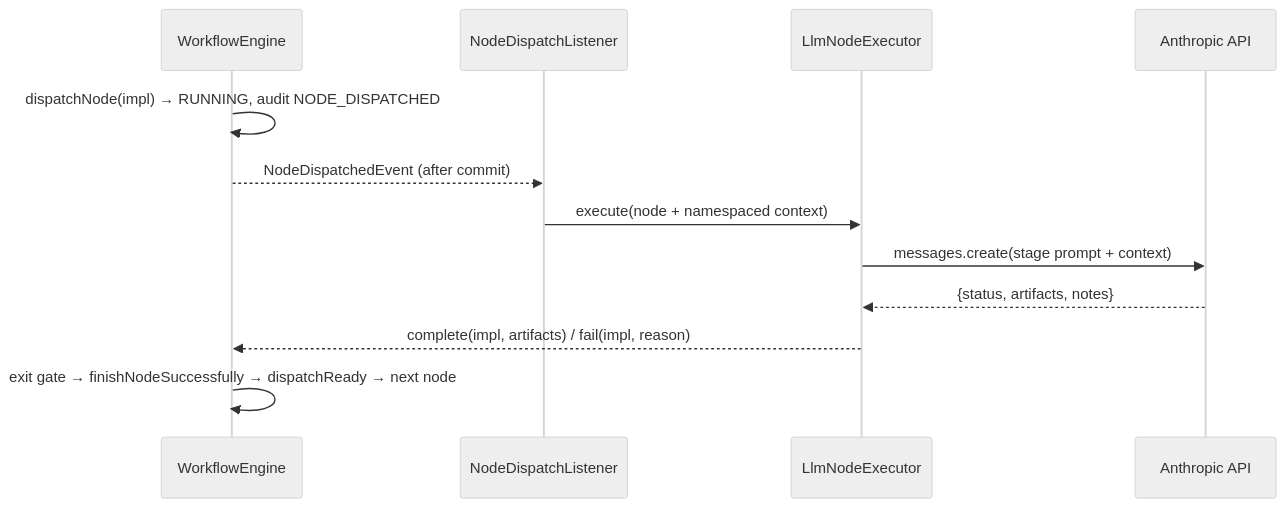
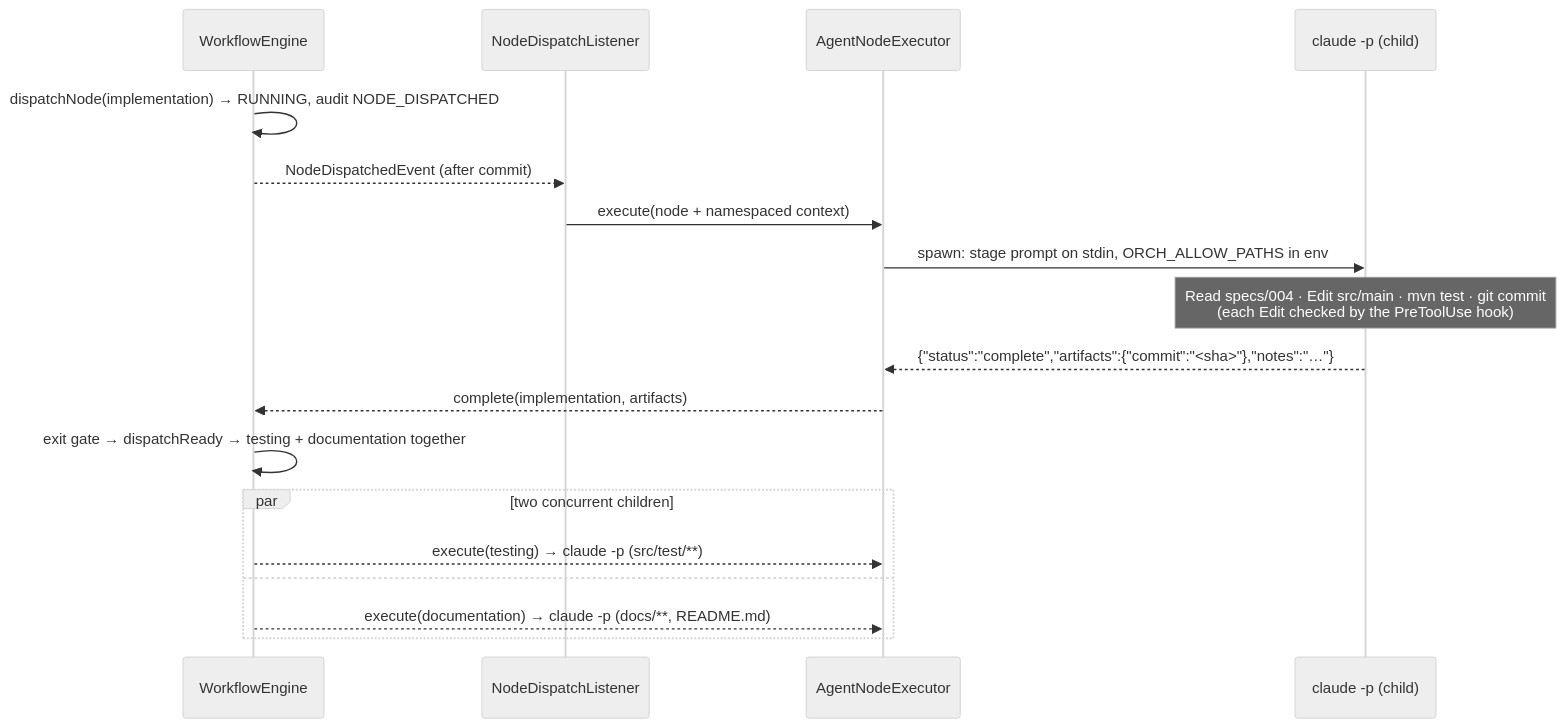
One commit to Iamkach/url-shortener changed the first of 3 diagrams in docs/architecture.md. Above: the diagram before and after it, drawn with Mermaid (neutral theme). The commit also changed other lines of this file and 5 other files, not shown here.

First line of the commit message:
Phase 7: reframe docs around the agent executor

````diff
--- a/docs/architecture.md
+++ b/docs/architecture.md
@@ -77,14 +92,20 @@
 ```mermaid
 sequenceDiagram
     participant Eng as WorkflowEngine
     participant Evt as NodeDispatchListener
-    participant Ex as LlmNodeExecutor
-    participant API as Anthropic API
-    Eng->>Eng: dispatchNode(impl) → RUNNING, audit NODE_DISPATCHED
+    participant Ex as AgentNodeExecutor
+    participant CC as claude -p (child)
+    Eng->>Eng: dispatchNode(implementation) → RUNNING, audit NODE_DISPATCHED
     Eng-->>Evt: NodeDispatchedEvent (after commit)
     Evt->>Ex: execute(node + namespaced context)
-    Ex->>API: messages.create(stage prompt + context)
-    API-->>Ex: {status, artifacts, notes}
-    Ex-->>Eng: complete(impl, artifacts) / fail(impl, reason)
-    Eng->>Eng: exit gate → finishNodeSuccessfully → dispatchReady → next node
+    Ex->>CC: spawn: stage prompt on stdin, ORCH_ALLOW_PATHS in env
+    Note over CC: Read specs/004 · Edit src/main · mvn test · git commit<br/>(each Edit checked by the PreToolUse hook)
+    CC-->>Ex: {"status":"complete","artifacts":{"commit":"<sha>"},"notes":"…"}
+    Ex-->>Eng: complete(implementation, artifacts)
+    Eng->>Eng: exit gate → dispatchReady → testing + documentation together
+    par two concurrent children
+        Eng-->>Ex: execute(testing) → claude -p (src/test/**)
+    and
+        Eng-->>Ex: execute(documentation) → claude -p (docs/**, README.md)
+    end
 ```
````
